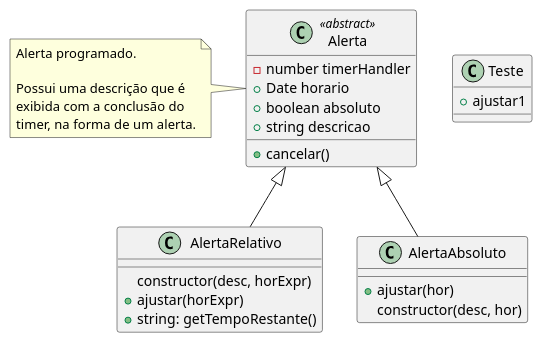
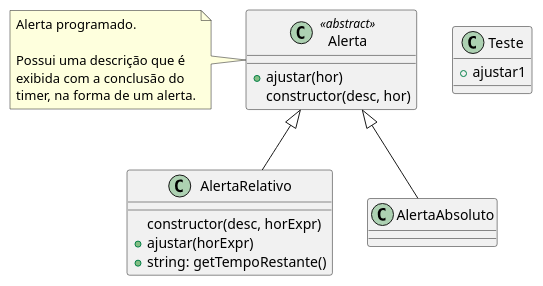
The diagram in classes.puml (rikamishiro/plantuml-demo), drawn with PlantUML before and after one commit.

Commit message:
mover conteúdo da classes 'AlertaAbsoluto' para 'Alerta'

```diff
--- a/classes.puml
+++ b/classes.puml
@@ -1,36 +1,32 @@
 @startuml "Classes"
 
 top to bottom direction
 
 class Teste{
   
 }
 
 class Alerta <<abstract>> {
-  - number timerHandler
-  + Date horario
-  + boolean absoluto
-  + string descricao
-  + cancelar()
+  + ajustar(hor)
+  constructor(desc, hor)
 }
 note left of Alerta : Alerta programado.\n\nPossui uma descrição que é\nexibida com a conclusão do\ntimer, na forma de um alerta.
 
 class AlertaRelativo {
   constructor(desc, horExpr)
   + ajustar(horExpr)
   + string: getTempoRestante()
 }
 
 class AlertaAbsoluto {
-  + ajustar(hor)
-  constructor(desc, hor)
+  
 }
 
 class Teste {
   + ajustar1
 }
 
 Alerta <|-- AlertaRelativo
 Alerta <|-- AlertaAbsoluto
 
 @enduml
```
